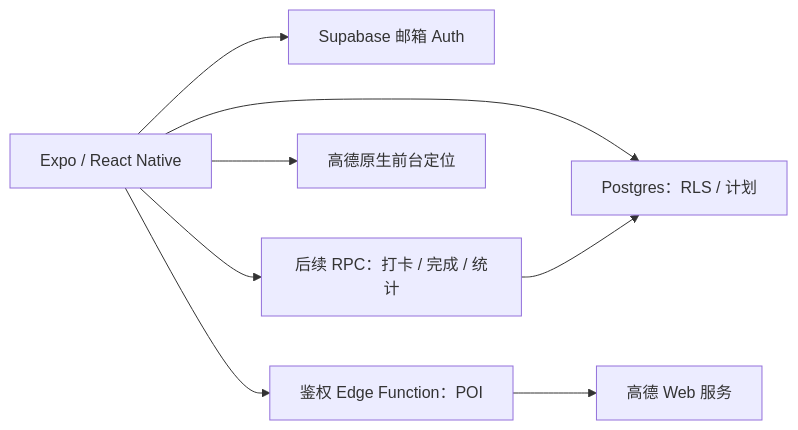
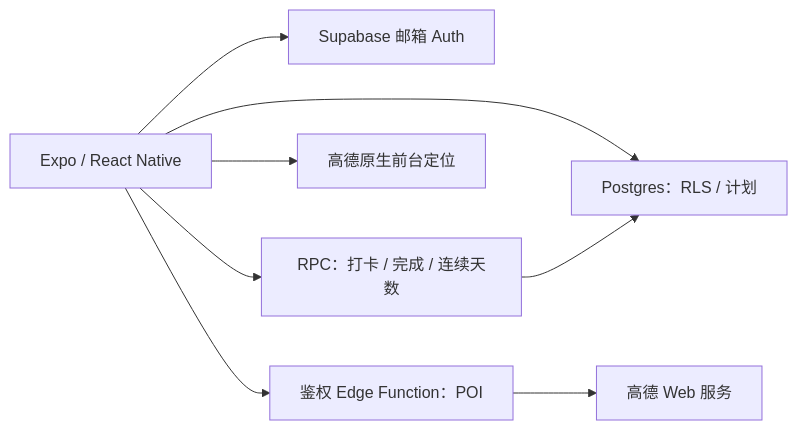
The diagram in docs/architecture.md (CabbageCannon/yanke), drawn with Mermaid before and after one commit. The commit also changed other lines of this file and 6 other files, not shown here.

````diff
--- a/docs/architecture.md
+++ b/docs/architecture.md
@@ -8,10 +8,10 @@
 ```mermaid
 flowchart LR
   UI[Expo / React Native] --> AUTH[Supabase 邮箱 Auth]
   UI --> DB[Postgres：RLS / 计划]
-  UI --> RPC[后续 RPC：打卡 / 完成 / 统计]
+  UI --> RPC[RPC：打卡 / 完成 / 连续天数]
   UI --> SDK[高德原生前台定位]
   UI --> POI[鉴权 Edge Function：POI]
   POI --> AMAP[高德 Web 服务]
   RPC --> DB
 ```
````
